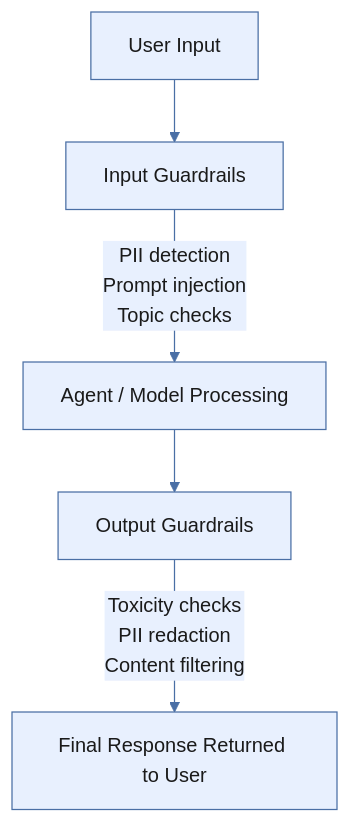
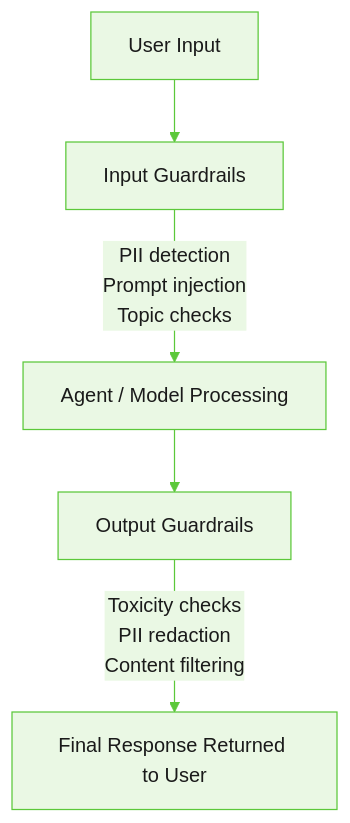
Before and after one commit to Koredotcom/docs-v2: the diagram in agent-platform/safety-and-guardrails.mdx, drawn with Mermaid. The commit also changed 36 other files, not shown here.

Commit message:
Artemis theme applied to diagrams and illustrations across the pages/docs

````diff
--- a/agent-platform/safety-and-guardrails.mdx
+++ b/agent-platform/safety-and-guardrails.mdx
@@ -36,8 +36,8 @@
 ```mermaid actions={false}
-%%{init: {'theme': 'base', 'themeVariables': {'background': 'transparent', 'primaryColor': '#e8f0fe', 'primaryTextColor': '#1a1a1a', 'primaryBorderColor': '#4a6fa5', 'lineColor': '#4a6fa5', 'secondaryColor': 'transparent', 'tertiaryColor': 'transparent', 'clusterBkg': 'transparent', 'clusterBorder': '#4a6fa5', 'titleColor': '#1a1a1a', 'clusterLabelBackground': 'transparent', 'edgeLabelBackground': '#e8f0fe'}}}%%
+%%{init: {'theme': 'base', 'themeVariables': {'background': 'transparent', 'primaryColor': '#EAF8E4', 'primaryTextColor': '#1a1a1a', 'primaryBorderColor': '#5CC83A', 'lineColor': '#5CC83A', 'secondaryColor': 'transparent', 'tertiaryColor': 'transparent', 'clusterBkg': 'transparent', 'clusterBorder': '#5CC83A', 'titleColor': '#1a1a1a', 'clusterLabelBackground': 'transparent', 'edgeLabelBackground': '#EAF8E4'}}}%%
 flowchart TD
     A[User Input] --> B[Input Guardrails]
     B --> |PII detection\nPrompt injection\nTopic checks| C[Agent / Model Processing]
     C --> D[Output Guardrails]
     D --> |Toxicity checks\nPII redaction\nContent filtering| E[Final Response Returned to User]
 ```
````
